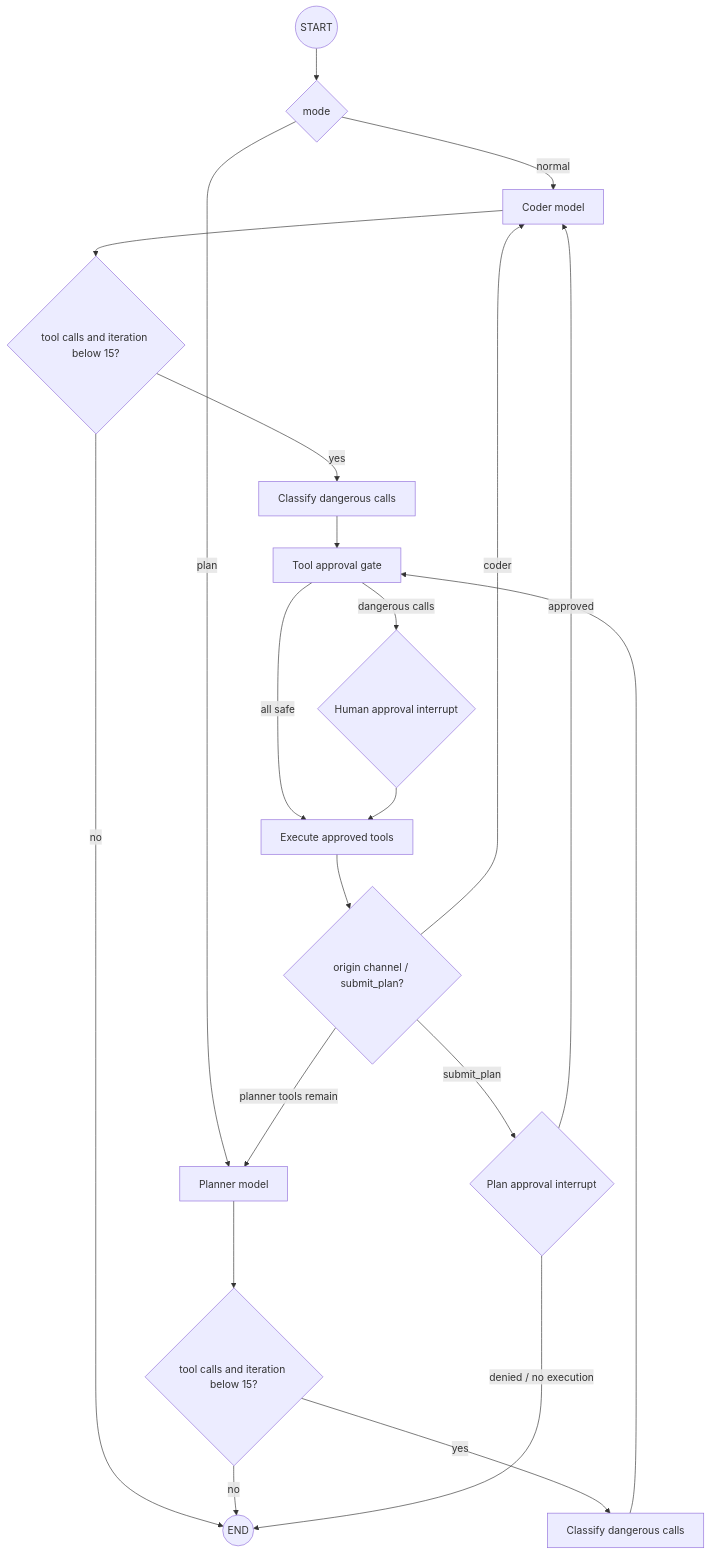
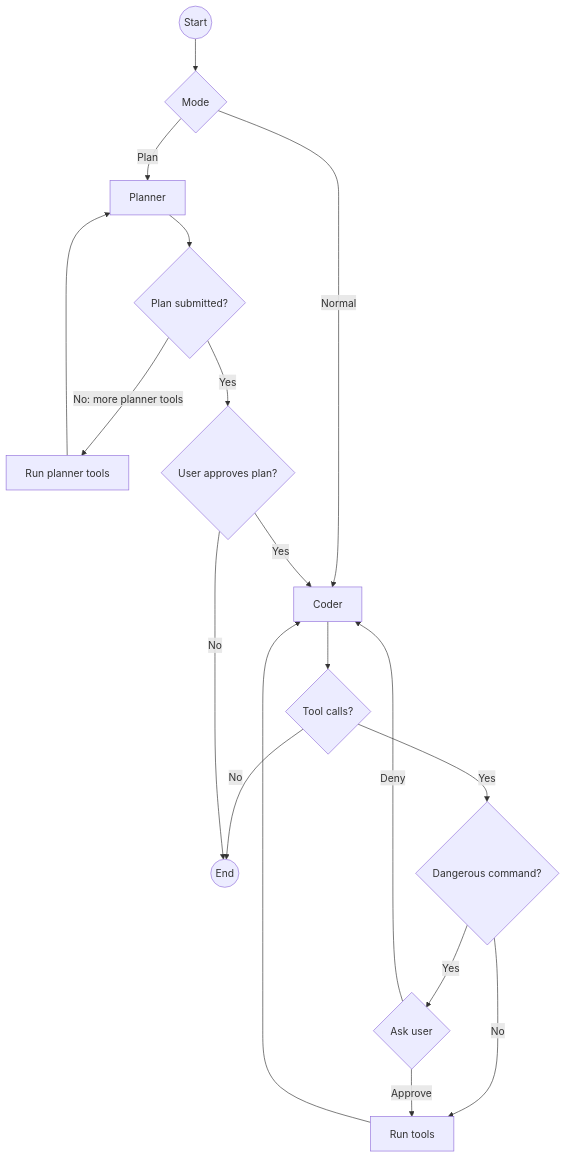
One commit to satkr22/vamp-cli changed the second of 3 diagrams in docs/architecture.md. Above: the diagram before and after it, drawn with Mermaid. The commit also changed other lines of this file, not shown here.

````diff
--- a/docs/architecture.md
+++ b/docs/architecture.md
@@ -61,23 +61,20 @@
 ```mermaid
 flowchart TD
-    Start((START)) --> Mode{mode}
-    Mode -->|normal| Coder[Coder model]
-    Mode -->|plan| Planner[Planner model]
-    Coder --> HasCoderTools{tool calls and iteration below 15?}
-    HasCoderTools -->|no| End((END))
-    HasCoderTools -->|yes| CClass[Classify dangerous calls]
-    Planner --> HasPlannerTools{tool calls and iteration below 15?}
-    HasPlannerTools -->|no| End
-    HasPlannerTools -->|yes| PClass[Classify dangerous calls]
-    CClass --> Approve[Tool approval gate]
-    PClass --> Approve
-    Approve -->|dangerous calls| HumanTool{Human approval interrupt}
-    Approve -->|all safe| Execute[Execute approved tools]
-    HumanTool --> Execute
-    Execute --> Channel{origin channel / submit_plan?}
-    Channel -->|coder| Coder
-    Channel -->|planner tools remain| Planner
-    Channel -->|submit_plan| PlanGate{Plan approval interrupt}
-    PlanGate -->|approved| Coder
-    PlanGate -->|denied / no execution| End
+    Start((Start)) --> Mode{Mode}
+    Mode -->|Normal| Coder[Coder]
+    Mode -->|Plan| Planner[Planner]
+    Coder --> Calls{Tool calls?}
+    Calls -->|No| End((End))
+    Calls -->|Yes| Dangerous{Dangerous command?}
+    Dangerous -->|No| RunTools[Run tools]
+    Dangerous -->|Yes| Approval{Ask user}
+    Approval -->|Approve| RunTools
+    Approval -->|Deny| Coder
+    RunTools --> Coder
+    Planner --> Plan{Plan submitted?}
+    Plan -->|No: more planner tools| RunPlanTools[Run planner tools]
+    RunPlanTools --> Planner
+    Plan -->|Yes| PlanApproval{User approves plan?}
+    PlanApproval -->|Yes| Coder
+    PlanApproval -->|No| End
 ```
````
